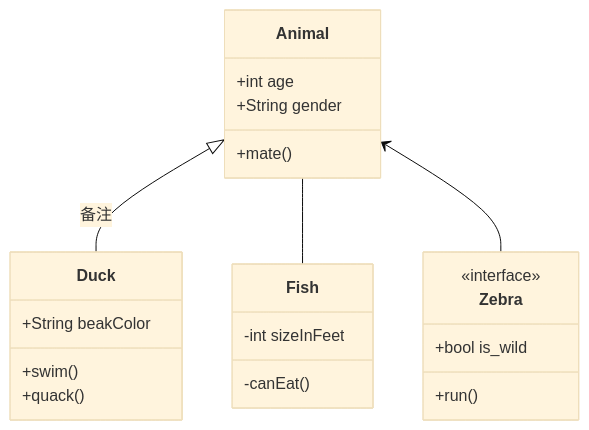
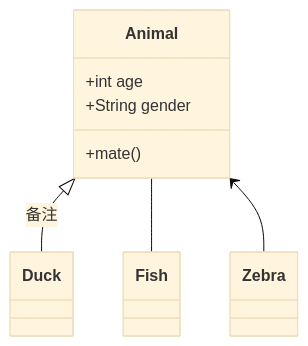
One commit to miaozhuojun/miaozhuojun.github.io changed the first of 3 diagrams in _posts/2021-03-26-Hotspot-intrinsice.md. Above: the diagram before and after it, drawn with Mermaid (base theme).

```diff
--- a/_posts/2021-03-26-Hotspot-intrinsice.md
+++ b/_posts/2021-03-26-Hotspot-intrinsice.md
@@ -19,23 +19,9 @@
 <div class="mermaid">
 classDiagram
      Animal <|-- Duck : 备注
      Animal -- Fish
      Animal <-- Zebra
      Animal: +int age
      Animal: +String gender
      Animal: +mate()
-     class Duck {
-         +String beakColor
-         +swim()
-         +quack()
-     }
-     class Fish {
-         -int sizeInFeet
-         -canEat()
-     }
-     class Zebra {
-        <<interface>>
-         +bool is_wild
-         +run()
-     }
 </div>
```
